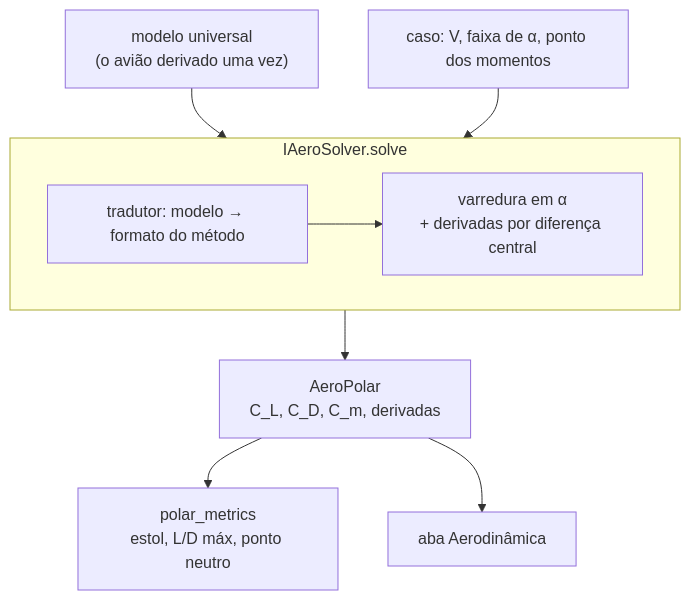
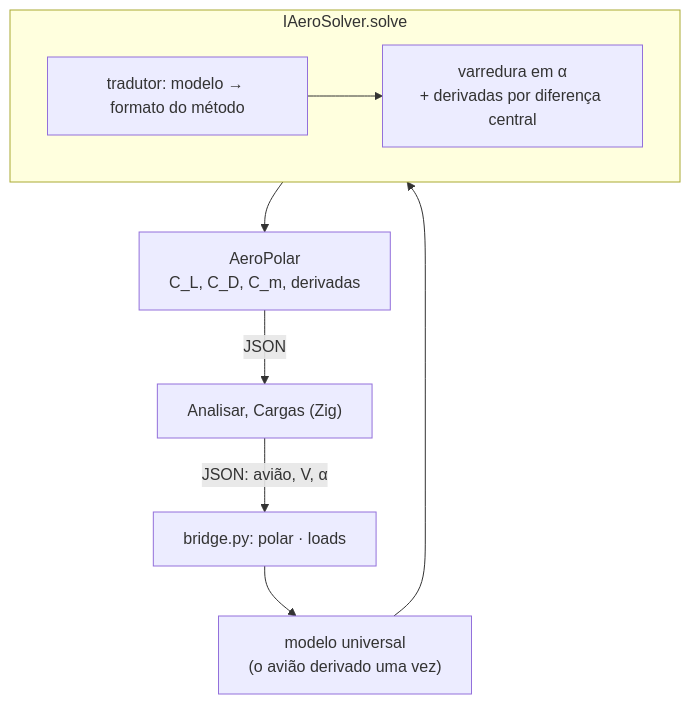
One commit to vitordallolivo/AircraftSimulation changed the diagram in aerosim/aero/README.md. Above: the diagram before and after it, drawn with Mermaid. The commit also changed other lines of this file and 38 other files, not shown here.

````diff
--- a/aerosim/aero/README.md
+++ b/aerosim/aero/README.md
@@ -12,11 +14,11 @@
 ```mermaid
 flowchart TB
-    M["modelo universal<br/>(o avião derivado uma vez)"] --> S
-    C["caso: V, faixa de α, ponto dos momentos"] --> S
+    TELA["Analisar, Cargas (Zig)"] -->|"JSON: avião, V, α"| BR["bridge.py: polar · loads"]
+    BR --> M["modelo universal<br/>(o avião derivado uma vez)"]
+    M --> S
     subgraph S["IAeroSolver.solve"]
         T["tradutor: modelo → formato do método"] --> R["varredura em α<br/>+ derivadas por diferença central"]
     end
     S --> P["AeroPolar<br/>C_L, C_D, C_m, derivadas"]
-    P --> MT["polar_metrics<br/>estol, L/D máx, ponto neutro"]
-    P --> GUI["aba Aerodinâmica"]
+    P -->|"JSON"| TELA
 ```
````
